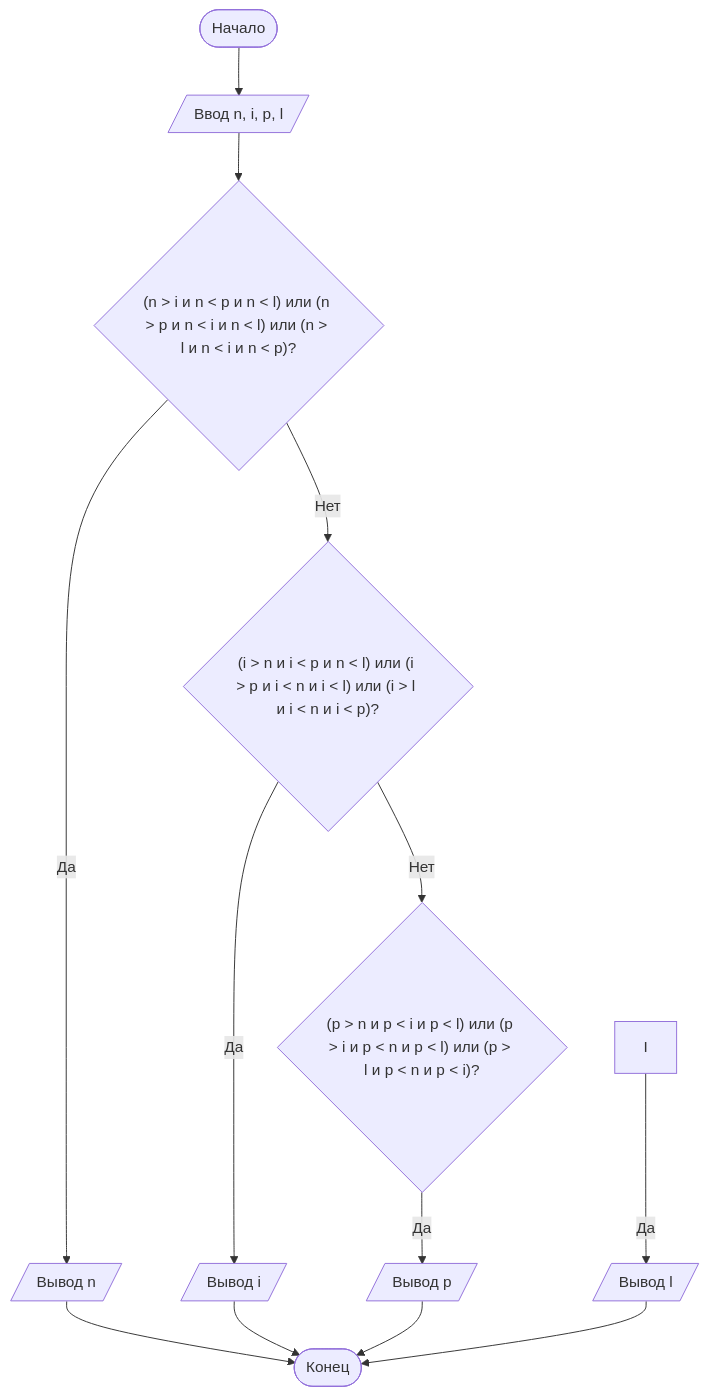
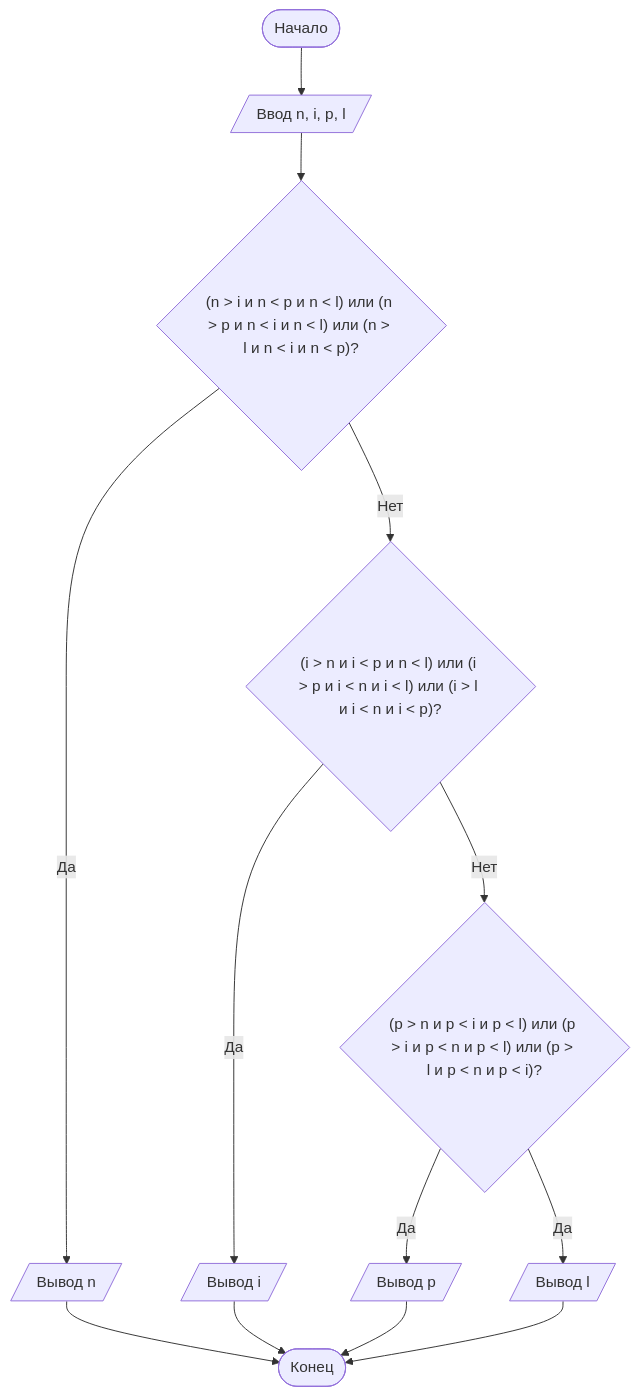
One commit to Fipip28/laboratornaya-rabota-1 changed the diagram in README.md. Above: the diagram before and after it, drawn with Mermaid.

````diff
--- a/README.md
+++ b/README.md
@@ -110,15 +110,15 @@
 ```mermaid
 graph TD
     A([Начало]) --> B[/Ввод n, i, p, l/]
     B --> C{"(n > i и n < p и n < l) или (n > p и n < i и n < l) или (n > l и n < i и n < p)?"}
     C -- Да --> D[/Вывод n/]
     C -- Нет --> E{"(i > n и i < p и n < l) или (i > p и i < n и i < l) или (i > l и i < n и i < p)?"}
     E -- Да --> F[/Вывод i/]
     E -- Нет --> G{"(p > n и p < i и p < l) или (p > i и p < n и p < l) или (p > l и p < n и p < i)?"}
     G -- Да --> H[/Вывод p/]
-    I -- Да --> K[/Вывод l/]
+    G -- Да --> K[/Вывод l/]
     D --> J([Конец])
     F --> J
     H --> J
     K --> J
 ```
````
